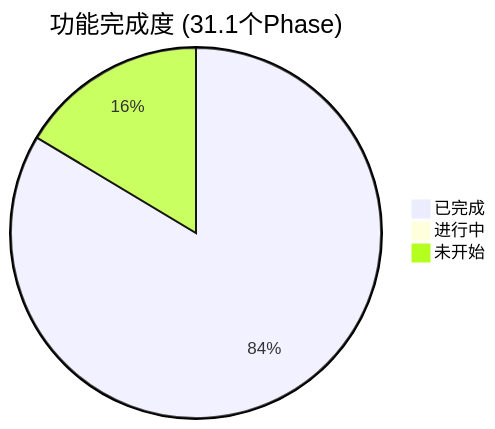
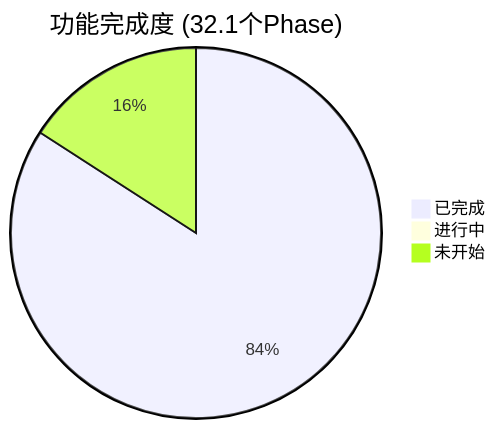
The diagram in docs/progress_report.md (nexus-agent-lab/nexus-agent), drawn with Mermaid before and after one commit. The commit also changed other lines of this file and 2 other files, not shown here.

````diff
--- a/docs/progress_report.md
+++ b/docs/progress_report.md
@@ -9,6 +9,6 @@
 ```mermaid
-pie title 功能完成度 (31.1个Phase)
-    "已完成" : 26
+pie title 功能完成度 (32.1个Phase)
+    "已完成" : 27
     "进行中" : 0
     "未开始" : 5.1
 ```
````
